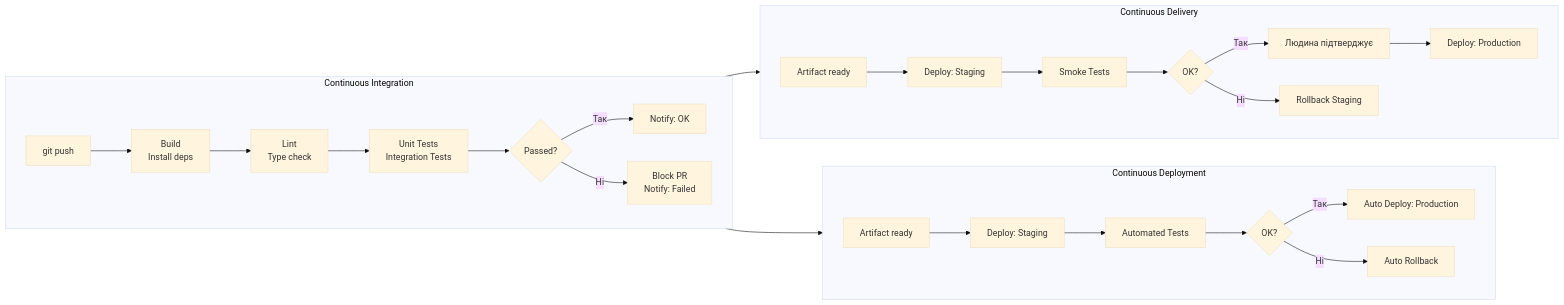
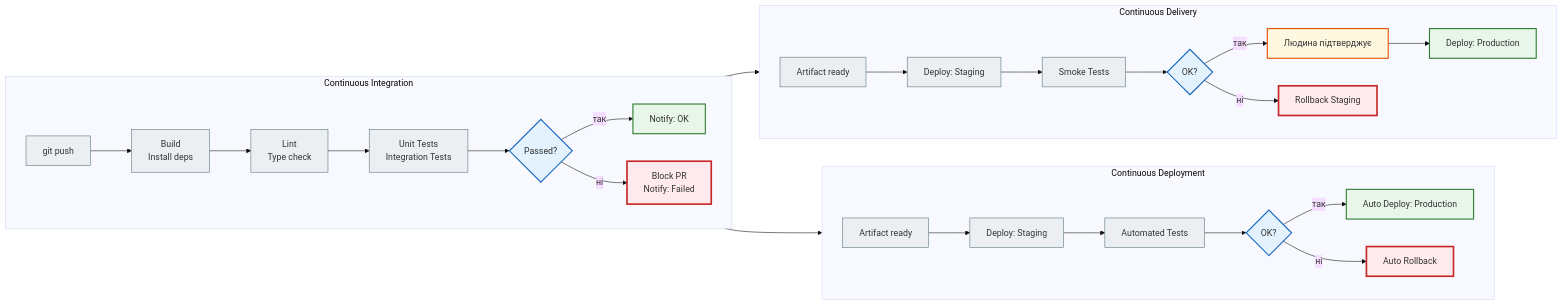
The first of 3 diagrams in docs/08_testing_and_quality/ci_cd_full.md (NikoriakViktot/notes_chat_app), drawn with Mermaid (base theme) before and after one commit. The commit also changed other lines of this file and 441 other files, not shown here.

First line of the commit message:
Add English version of the book, Mermaid standard, docs fixes

````diff
--- a/docs/08_testing_and_quality/ci_cd_full.md
+++ b/docs/08_testing_and_quality/ci_cd_full.md
@@ -83,34 +83,45 @@
 ```mermaid
 flowchart LR
     subgraph CI["Continuous Integration"]
         direction LR
-        A[git push] --> B[Build\nInstall deps]
-        B --> C[Lint\nType check]
-        C --> D[Unit Tests\nIntegration Tests]
+        A[git push] --> B["Build<br>Install deps"]
+        B --> C["Lint<br>Type check"]
+        C --> D["Unit Tests<br>Integration Tests"]
         D --> E{Passed?}
-        E -- Так --> F[Notify: OK]
-        E -- Ні --> G[Block PR\nNotify: Failed]
+        E -- так --> F[Notify: OK]
+        E -- ні --> G["Block PR<br>Notify: Failed"]
     end
 
     subgraph DELIVERY["Continuous Delivery"]
         direction LR
         H[Artifact ready] --> I[Deploy: Staging]
         I --> J[Smoke Tests]
         J --> K{OK?}
-        K -- Так --> L[Людина підтверджує]
+        K -- так --> L[Людина підтверджує]
         L --> M[Deploy: Production]
-        K -- Ні --> N[Rollback Staging]
+        K -- ні --> N[Rollback Staging]
     end
 
     subgraph DEPLOYMENT["Continuous Deployment"]
         direction LR
         O[Artifact ready] --> P[Deploy: Staging]
         P --> Q[Automated Tests]
         Q --> R{OK?}
-        R -- Так --> S[Auto Deploy: Production]
-        R -- Ні --> T[Auto Rollback]
+        R -- так --> S[Auto Deploy: Production]
+        R -- ні --> T[Auto Rollback]
     end
 
     CI --> DELIVERY
     CI --> DEPLOYMENT
+
+    classDef step     fill:#eceff1,stroke:#546e7a,stroke-width:1px;
+    classDef decision fill:#e3f2fd,stroke:#1565c0,stroke-width:2px;
+    classDef success  fill:#e8f5e9,stroke:#2e7d32,stroke-width:2px;
+    classDef error    fill:#ffebee,stroke:#c62828,stroke-width:3px;
+    classDef warning  fill:#fff8e1,stroke:#e65100,stroke-width:2px;
+    class A,B,C,D,H,I,J,O,P,Q step;
+    class E,K,R decision;
+    class F,M,S success;
+    class G,N,T error;
+    class L warning;
 ```
````
